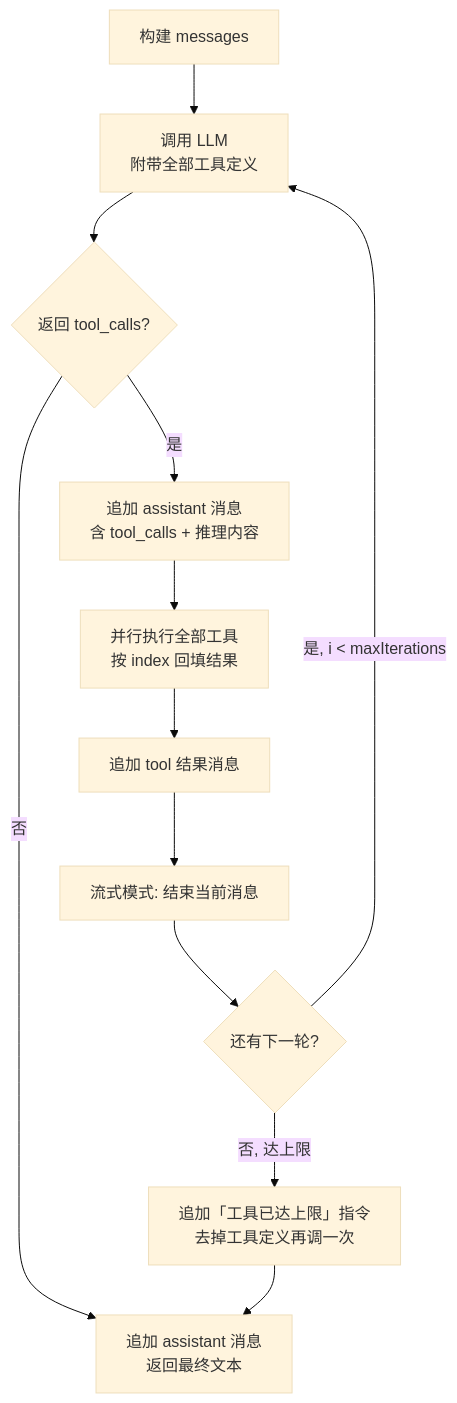
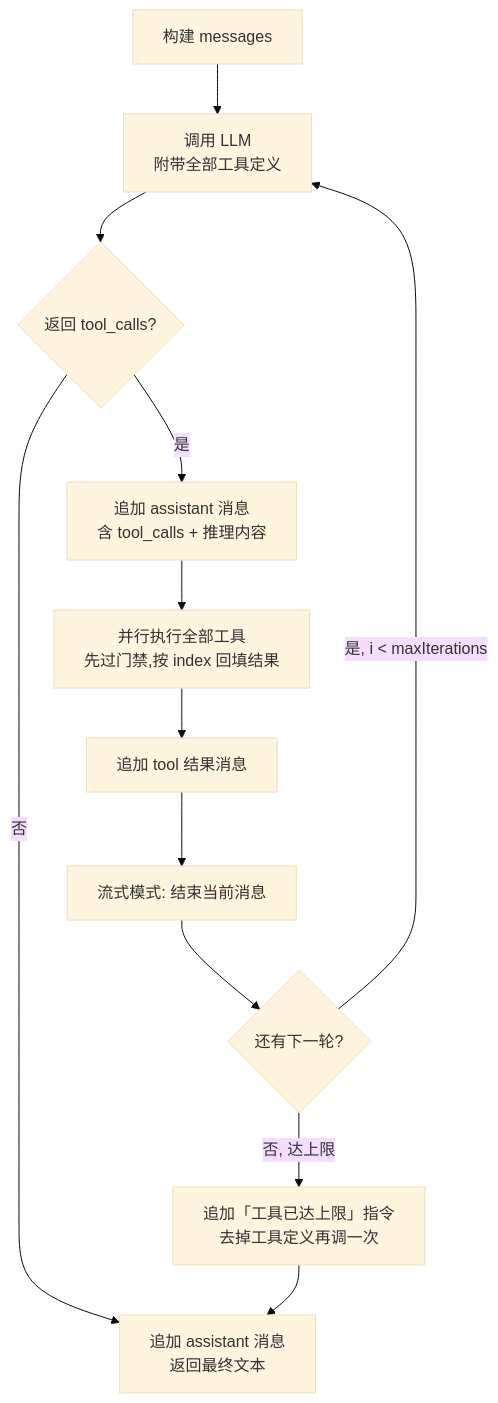
Before and after one commit to jeanhua/AniaBot: the third of 3 diagrams in docs/internals/agent-llm.md, drawn with Mermaid (base theme). The commit also changed other lines of this file and 43 other files, not shown here.

````diff
--- a/docs/internals/agent-llm.md
+++ b/docs/internals/agent-llm.md
@@ -114,14 +114,14 @@
 ```mermaid
 flowchart TB
     A[构建 messages] --> B[调用 LLM<br/>附带全部工具定义]
     B --> C{返回 tool_calls?}
     C -->|否| D[追加 assistant 消息<br/>返回最终文本]
     C -->|是| E[追加 assistant 消息<br/>含 tool_calls + 推理内容]
-    E --> F[并行执行全部工具<br/>按 index 回填结果]
+    E --> F[并行执行全部工具<br/>先过门禁,按 index 回填结果]
     F --> G[追加 tool 结果消息]
     G --> H[流式模式: 结束当前消息]
     H --> I{还有下一轮?}
     I -->|是, i < maxIterations| B
     I -->|否, 达上限| J["追加「工具已达上限」指令<br/>去掉工具定义再调一次"]
     J --> D
 ```
````
